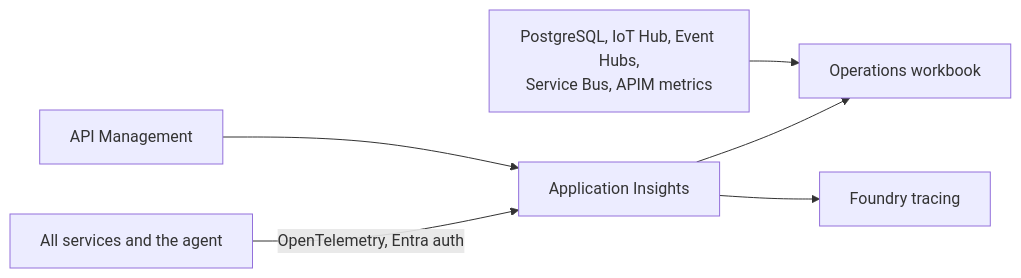
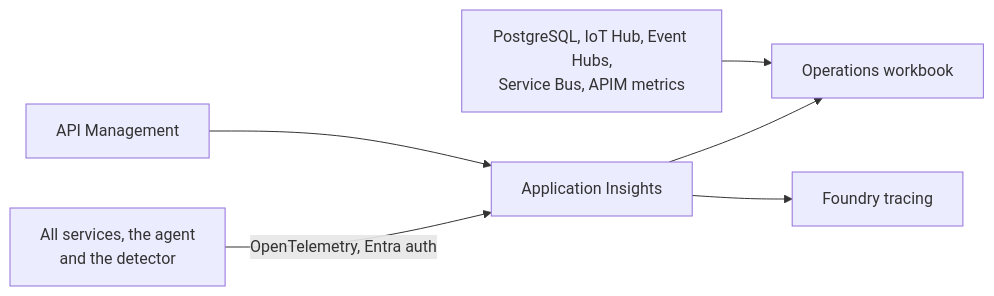
Before and after one commit to ikhemissi/smart-device-platform-sample: the eighth of 10 diagrams in README.md, drawn with Mermaid. The commit also changed other lines of this file and 4 other files, not shown here.

````diff
--- a/README.md
+++ b/README.md
@@ -189,8 +210,8 @@
 ```mermaid
 flowchart LR
-  W["All services and the agent"] -->|OpenTelemetry, Entra auth| AI[Application Insights]
+  W["All services, the agent<br/>and the detector"] -->|OpenTelemetry, Entra auth| AI[Application Insights]
   APIM[API Management] --> AI
   AI --> WB["Operations workbook"]
   AI --> F["Foundry tracing"]
   AZ["PostgreSQL, IoT Hub, Event Hubs,<br/>Service Bus, APIM metrics"] --> WB
 ```
````
